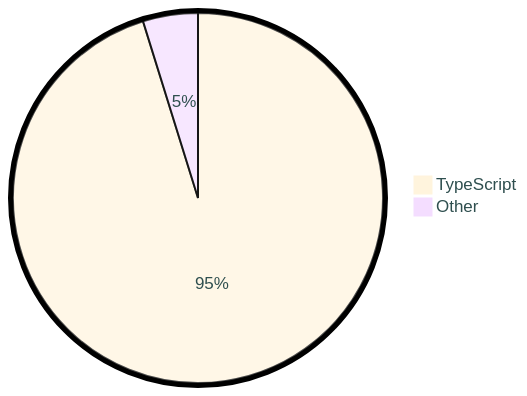
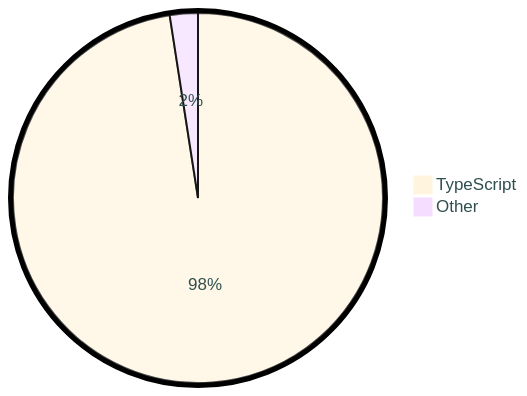
The diagram in README.md (tot0p/tot0p), drawn with Mermaid before and after one commit. The commit also changed other lines of this file, not shown here.

````diff
--- a/README.md
+++ b/README.md
@@ -114,6 +118,6 @@
 ```mermaid
 %%{init: {"pie": {"textPosition": 0.5}, "themeVariables": {"pieOuterStrokeWidth": "5px","primaryTextColor" : "#2F4F4F"},"theme":"base"} }%%
 pie
-	"TypeScript": 95.2
-	"Other": 4.8
+	"TypeScript": 97.55
+	"Other": 2.4499999999999997
 ```
````
